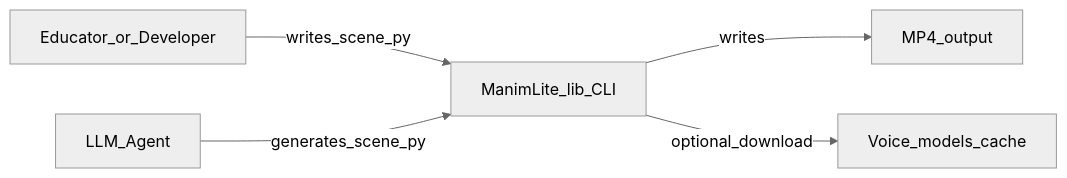
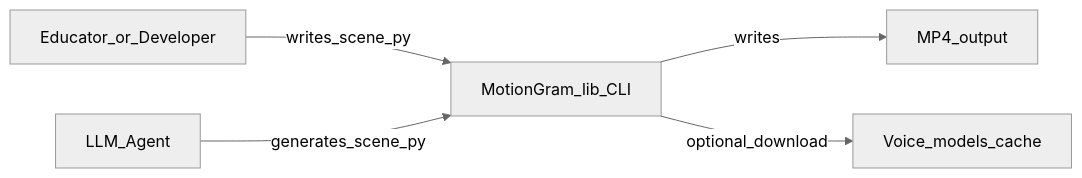
Before and after one commit to nabin2004/ManimLite: the first of 3 diagrams in docs/design/SDD.md, drawn with Mermaid (neutral theme). The commit also changed other lines of this file and 144 other files, not shown here.

````diff
--- a/docs/design/SDD.md
+++ b/docs/design/SDD.md
@@ -35,13 +35,13 @@
 ```mermaid
 flowchart LR
     Educator["Educator_or_Developer"]
     Agent["LLM_Agent"]
-    ManimLite["ManimLite_lib_CLI"]
+    MotionGram["MotionGram_lib_CLI"]
     MP4["MP4_output"]
     Voices["Voice_models_cache"]
 
-    Educator -->|"writes_scene_py"| ManimLite
-    Agent -->|"generates_scene_py"| ManimLite
-    ManimLite -->|"writes"| MP4
-    ManimLite -->|"optional_download"| Voices
+    Educator -->|"writes_scene_py"| MotionGram
+    Agent -->|"generates_scene_py"| MotionGram
+    MotionGram -->|"writes"| MP4
+    MotionGram -->|"optional_download"| Voices
 ```
````
